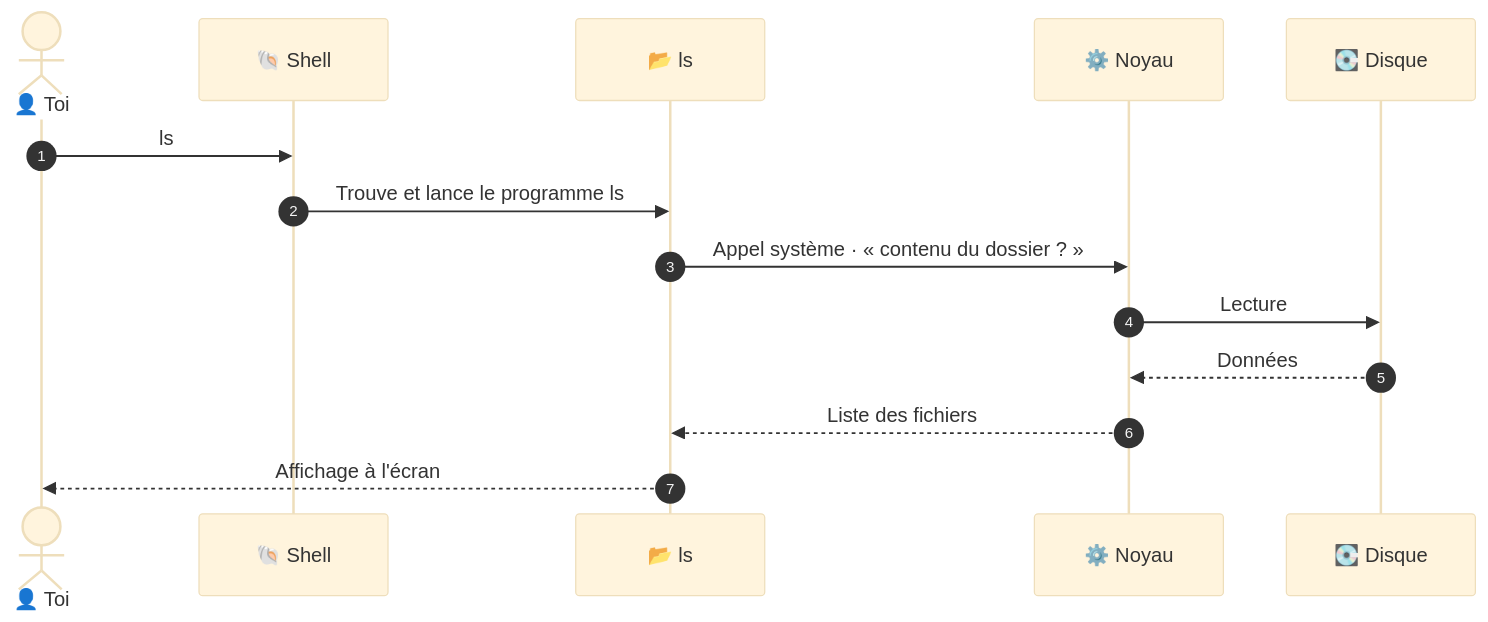
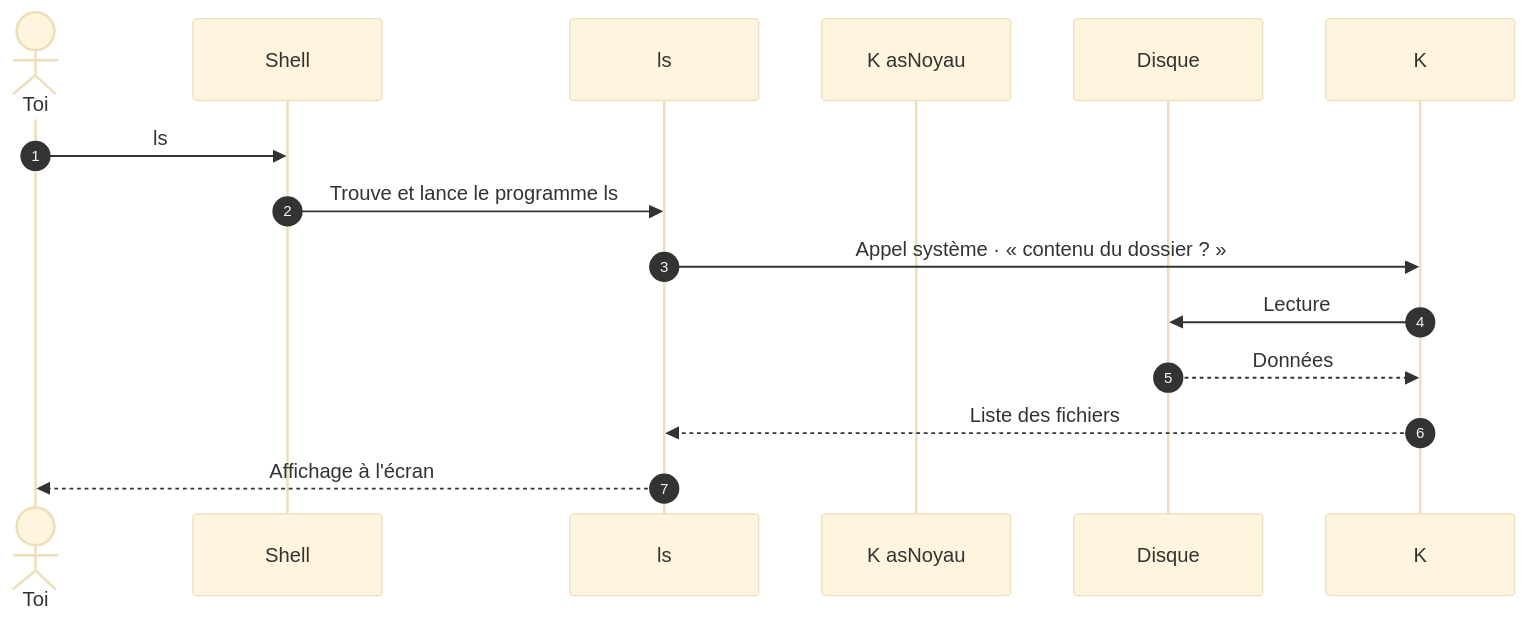
One commit to GoobyWoobies/HEIA-IT changed the fourth of 5 diagrams in methodologie-securite-it/linux/01-introduction.md. Above: the diagram before and after it, drawn with Mermaid (base theme). The commit also changed other lines of this file and 24 other files, not shown here.

````diff
--- a/methodologie-securite-it/linux/01-introduction.md
+++ b/methodologie-securite-it/linux/01-introduction.md
@@ -258,17 +258,17 @@
 ```mermaid
 sequenceDiagram
     autonumber
-    actor U as 👤 Toi
-    participant S as 🐚 Shell
-    participant L as 📂 ls
-    participant K as ⚙️ Noyau
-    participant D as 💽 Disque
+    actor U as Toi
+    participant S as Shell
+    participant L as ls
+    participant K asNoyau
+    participant D as Disque
 
     U->>S: ls
     S->>L: Trouve et lance le programme ls
     L->>K: Appel système · « contenu du dossier ? »
     K->>D: Lecture
     D-->>K: Données
     K-->>L: Liste des fichiers
     L-->>U: Affichage à l'écran
 ```
````
